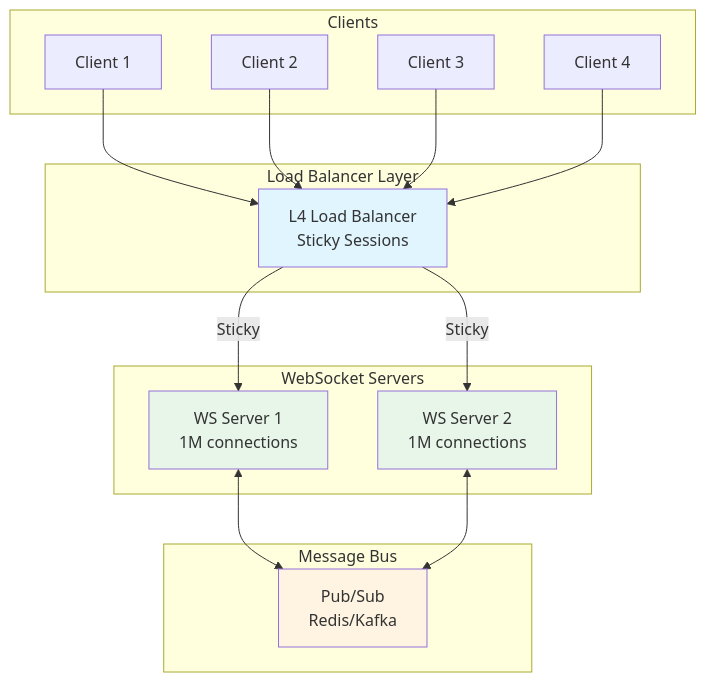
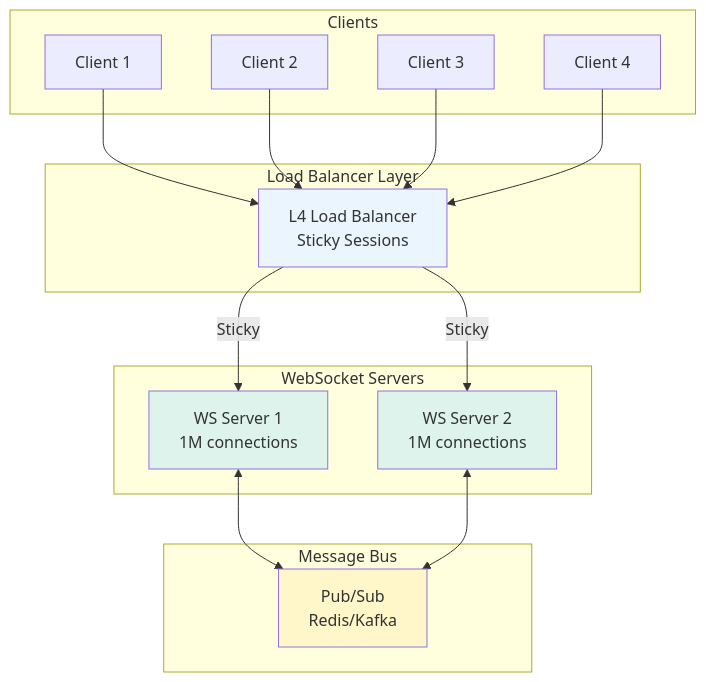
One commit to cartmancodes/InterviewVault changed the fifth of 31 diagrams in LLD/CoreConcepts/Networking.md. Above: the diagram before and after it, drawn with Mermaid. The commit also changed other lines of this file and 679 other files, not shown here.

Commit message:
Unify content diagrams and add accessible visual walkthroughs

````diff
--- a/LLD/CoreConcepts/Networking.md
+++ b/LLD/CoreConcepts/Networking.md
@@ -181,36 +181,36 @@
 ```mermaid
 graph TB
     subgraph "Clients"
         C1[Client 1]
         C2[Client 2]
         C3[Client 3]
         C4[Client 4]
     end
     
     subgraph "Load Balancer Layer"
         LB[L4 Load Balancer<br/>Sticky Sessions]
     end
     
     subgraph "WebSocket Servers"
         WS1[WS Server 1<br/>1M connections]
         WS2[WS Server 2<br/>1M connections]
     end
     
     subgraph "Message Bus"
         PS[Pub/Sub<br/>Redis/Kafka]
     end
     
     C1 & C2 --> LB
     C3 & C4 --> LB
     
     LB -->|Sticky| WS1
     LB -->|Sticky| WS2
     
     WS1 <--> PS
     WS2 <--> PS
     
-    style LB fill:#e1f5ff
-    style WS1 fill:#e8f5e9
-    style WS2 fill:#e8f5e9
-    style PS fill:#fff4e1
+    style LB fill:#EAF5FD
+    style WS1 fill:#DDF3EC
+    style WS2 fill:#DDF3EC
+    style PS fill:#FFF6C9
 ```
````
